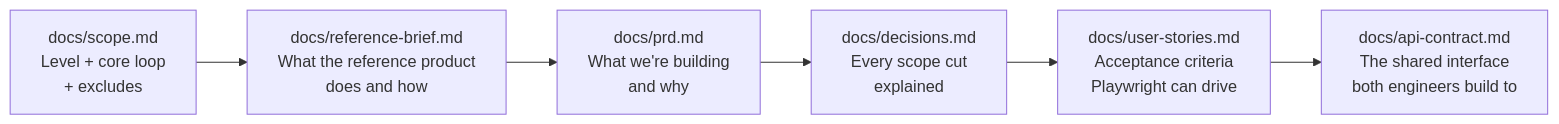
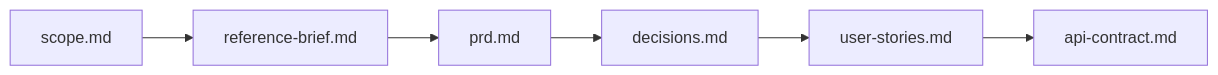
Before and after one commit to yousuf-labs/sprint-zero: the third of 5 diagrams in README.md, drawn with Mermaid. The commit also changed other lines of this file and 1 other file, not shown here.

````diff
--- a/README.md
+++ b/README.md
@@ -57,11 +114,11 @@
 ```mermaid
 flowchart LR
-    S1["docs/scope.md\nLevel + core loop\n+ excludes"]
-    S2["docs/reference-brief.md\nWhat the reference product\ndoes and how"]
-    S3["docs/prd.md\nWhat we're building\nand why"]
-    S4["docs/decisions.md\nEvery scope cut\nexplained"]
-    S5["docs/user-stories.md\nAcceptance criteria\nPlaywright can drive"]
-    S6["docs/api-contract.md\nThe shared interface\nboth engineers build to"]
+    S1[scope.md]
+    S2[reference-brief.md]
+    S3[prd.md]
+    S4[decisions.md]
+    S5[user-stories.md]
+    S6[api-contract.md]
 
     S1 --> S2 --> S3 --> S4 --> S5 --> S6
 ```
````
